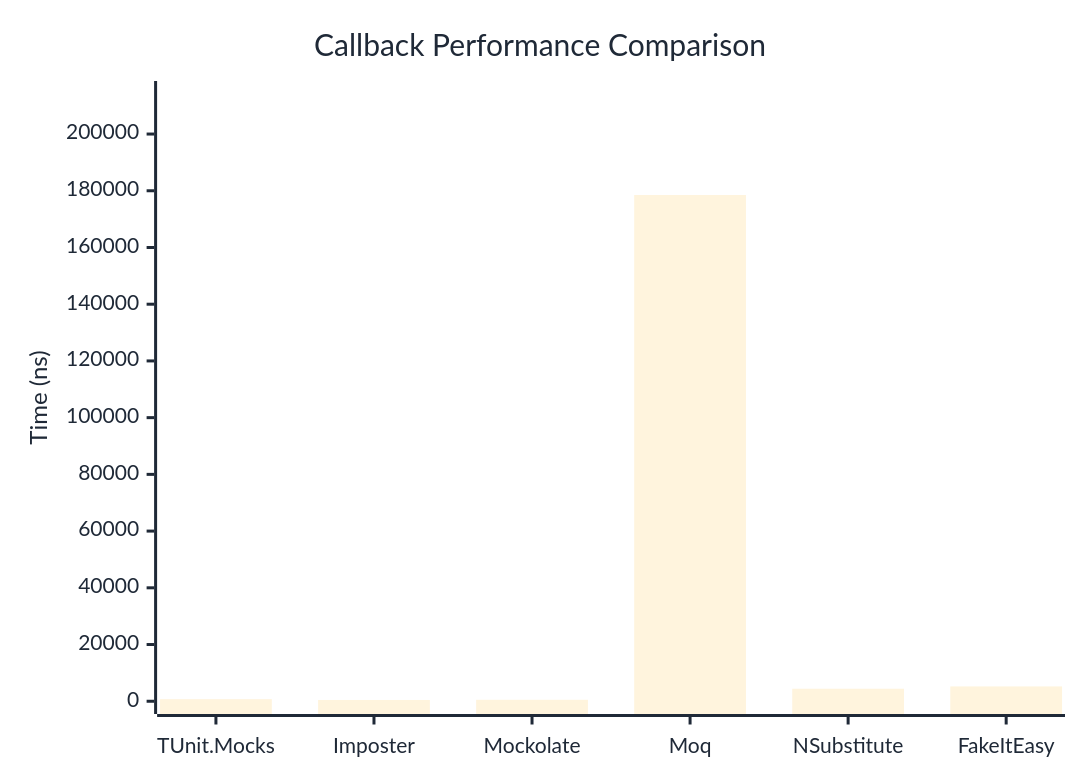
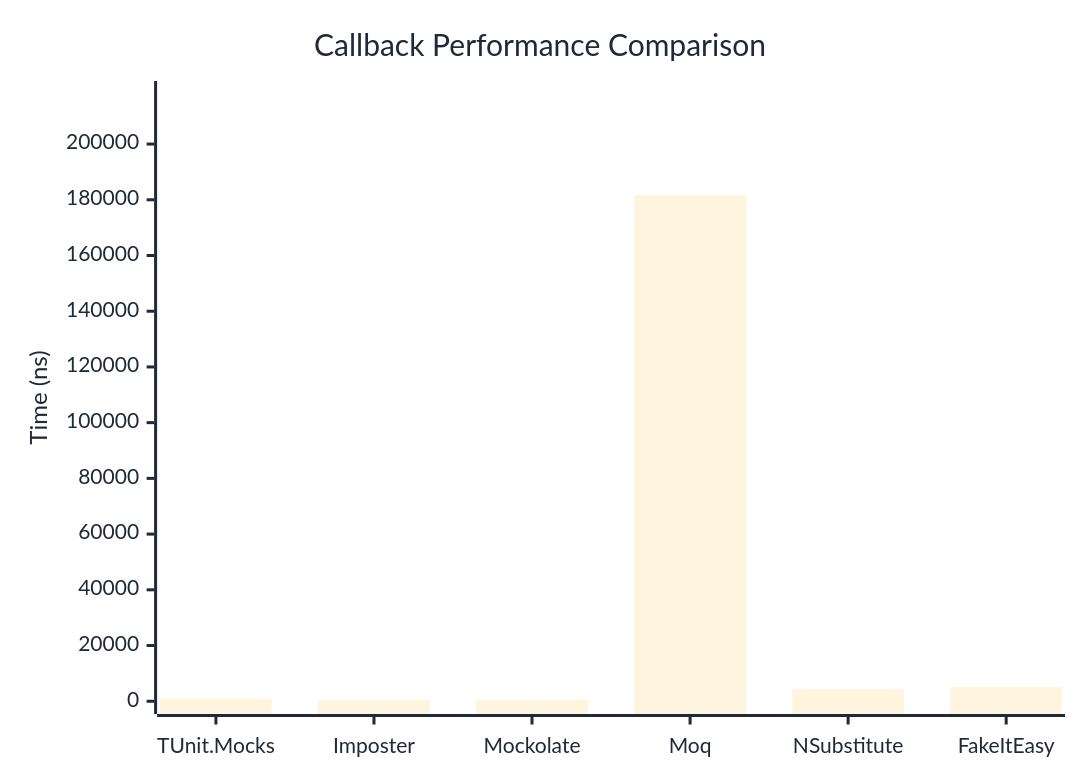
Before and after one commit to thomhurst/TUnit: the first of 2 diagrams in docs/docs/benchmarks/mocks/Callback.md, drawn with Mermaid. The commit also changed other lines of this file and 13 other files, not shown here.

````diff
--- a/docs/docs/benchmarks/mocks/Callback.md
+++ b/docs/docs/benchmarks/mocks/Callback.md
@@ -28,27 +28,27 @@
 ```mermaid
 %%{init: {
   'theme':'base',
   'themeVariables': {
     'primaryColor': '#2563eb',
     'primaryTextColor': '#1f2937',
     'primaryBorderColor': '#1e40af',
     'lineColor': '#6b7280',
     'secondaryColor': '#7c3aed',
     'tertiaryColor': '#dc2626',
     'background': '#ffffff',
     'pie1': '#2563eb',
     'pie2': '#7c3aed',
     'pie3': '#dc2626',
     'pie4': '#f59e0b',
     'pie5': '#10b981',
     'pie6': '#06b6d4',
     'pie7': '#ec4899',
     'pie8': '#6366f1'
   }
 }}%%
 xychart-beta
   title "Callback Performance Comparison"
   x-axis ["TUnit.Mocks", "Imposter", "Mockolate", "Moq", "NSubstitute", "FakeItEasy"]
-  y-axis "Time (ns)" 0 --> 214207
-  bar [740.2, 452.3, 519.3, 178505.1, 4419, 5227.9]
+  y-axis "Time (ns)" 0 --> 218057
+  bar [746.9, 448.2, 496.4, 181713.4, 4340, 5064.1]
 ```
````
